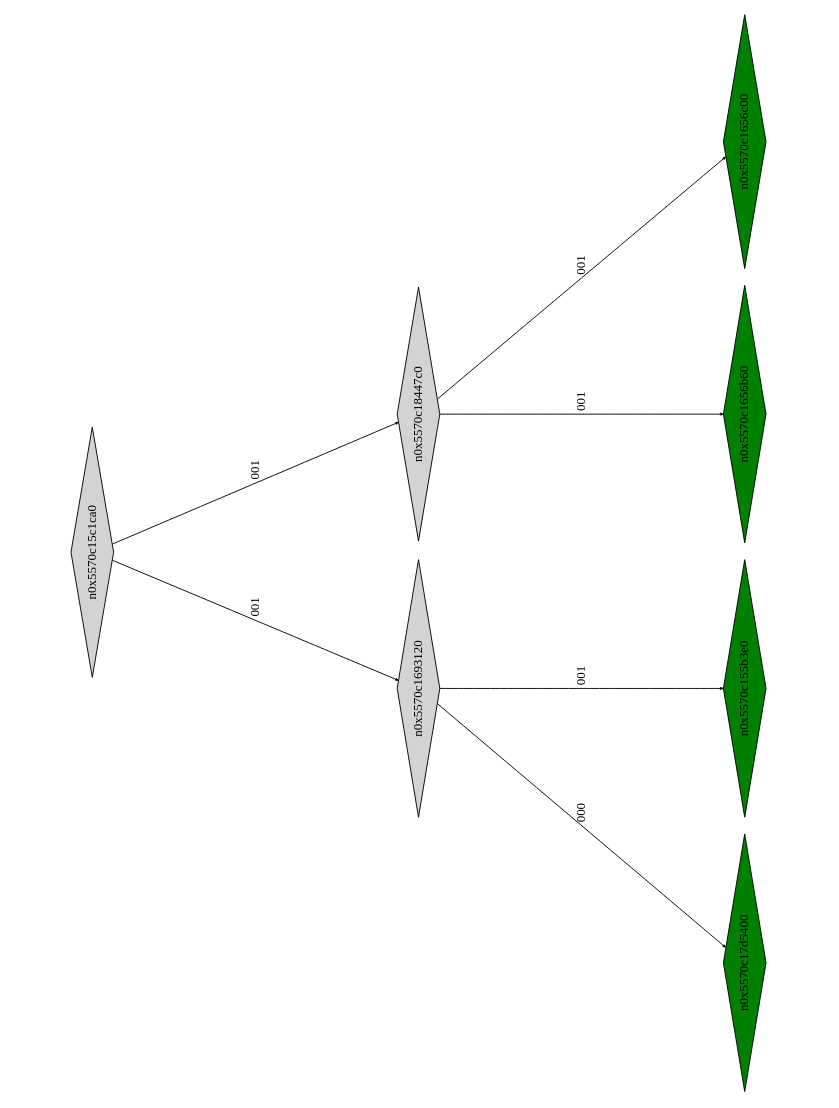
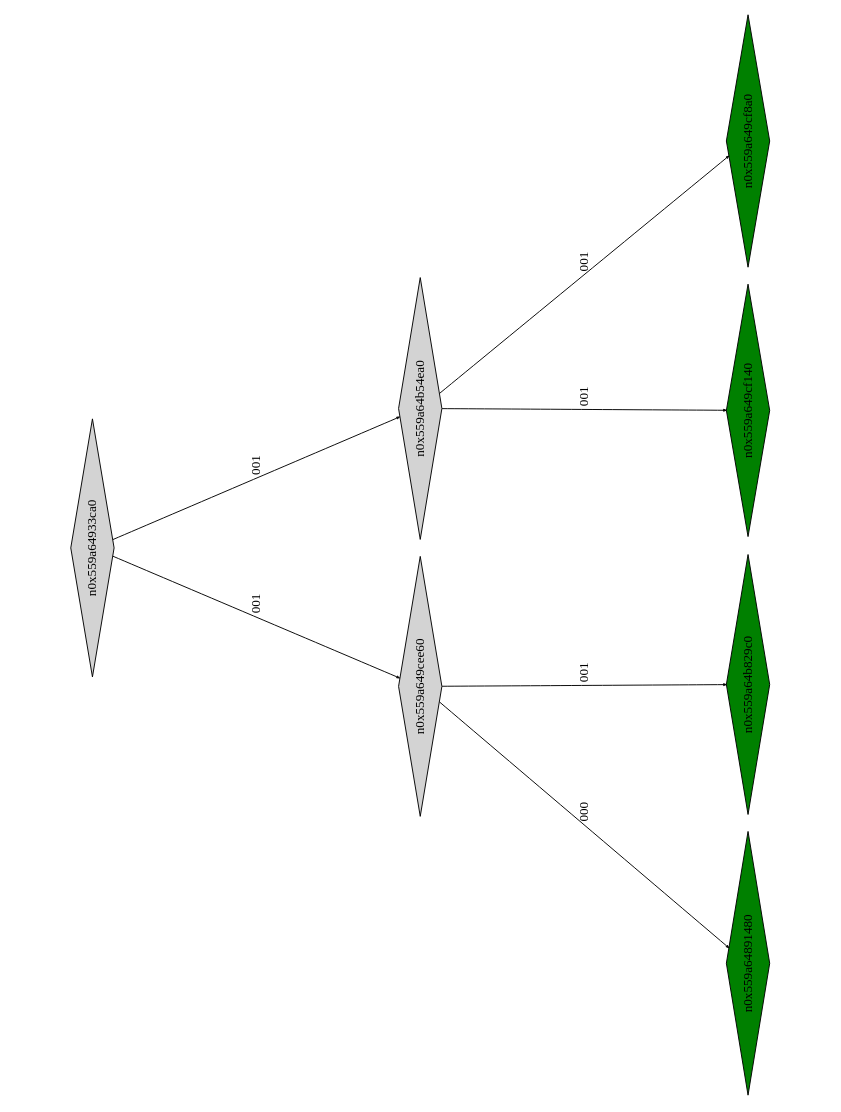
The diagram in montyhall_klee_out/ptree_00001039.dot (Research-Tools-PAVT/PSE-Program-Examples), drawn with Graphviz before and after one commit. The commit also changed 42 other files, not shown here.

```diff
--- a/montyhall_klee_out/ptree_00001039.dot
+++ b/montyhall_klee_out/ptree_00001039.dot
@@ -1,21 +1,21 @@
 digraph G {
 	size="10,7.5";
 	ratio=fill;
 	rotate=90;
 	center = "true";
 	node [style="filled",width=.1,height=.1,fontname="Terminus"]
 	edge [arrowsize=.3]
-	n0x5570c15c1ca0 [shape=diamond];
-	n0x5570c15c1ca0 -> n0x5570c1693120 [label=001];
-	n0x5570c15c1ca0 -> n0x5570c18447c0 [label=001];
-	n0x5570c18447c0 [shape=diamond];
-	n0x5570c18447c0 -> n0x5570c1656b60 [label=001];
-	n0x5570c18447c0 -> n0x5570c1656c00 [label=001];
-	n0x5570c1656c00 [shape=diamond,fillcolor=green];
-	n0x5570c1656b60 [shape=diamond,fillcolor=green];
-	n0x5570c1693120 [shape=diamond];
-	n0x5570c1693120 -> n0x5570c17d5400 [label=000];
-	n0x5570c1693120 -> n0x5570c155b3e0 [label=001];
-	n0x5570c155b3e0 [shape=diamond,fillcolor=green];
-	n0x5570c17d5400 [shape=diamond,fillcolor=green];
+	n0x559a64933ca0 [shape=diamond];
+	n0x559a64933ca0 -> n0x559a649cee60 [label=001];
+	n0x559a64933ca0 -> n0x559a64b54ea0 [label=001];
+	n0x559a64b54ea0 [shape=diamond];
+	n0x559a64b54ea0 -> n0x559a649cf140 [label=001];
+	n0x559a64b54ea0 -> n0x559a649cf8a0 [label=001];
+	n0x559a649cf8a0 [shape=diamond,fillcolor=green];
+	n0x559a649cf140 [shape=diamond,fillcolor=green];
+	n0x559a649cee60 [shape=diamond];
+	n0x559a649cee60 -> n0x559a64891480 [label=000];
+	n0x559a649cee60 -> n0x559a64b829c0 [label=001];
+	n0x559a64b829c0 [shape=diamond,fillcolor=green];
+	n0x559a64891480 [shape=diamond,fillcolor=green];
 }
```
